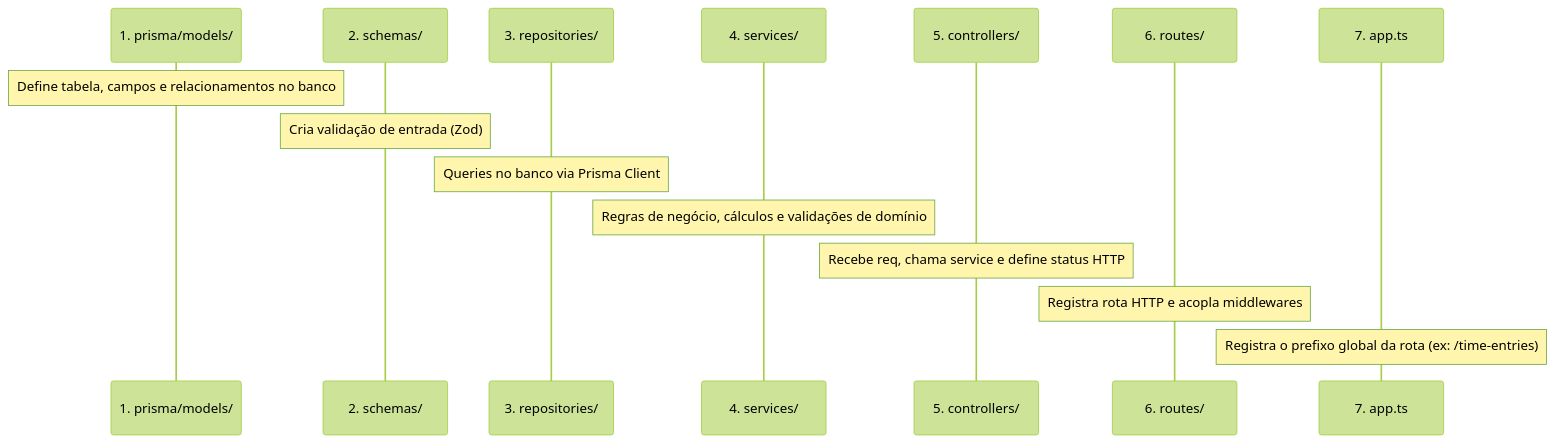
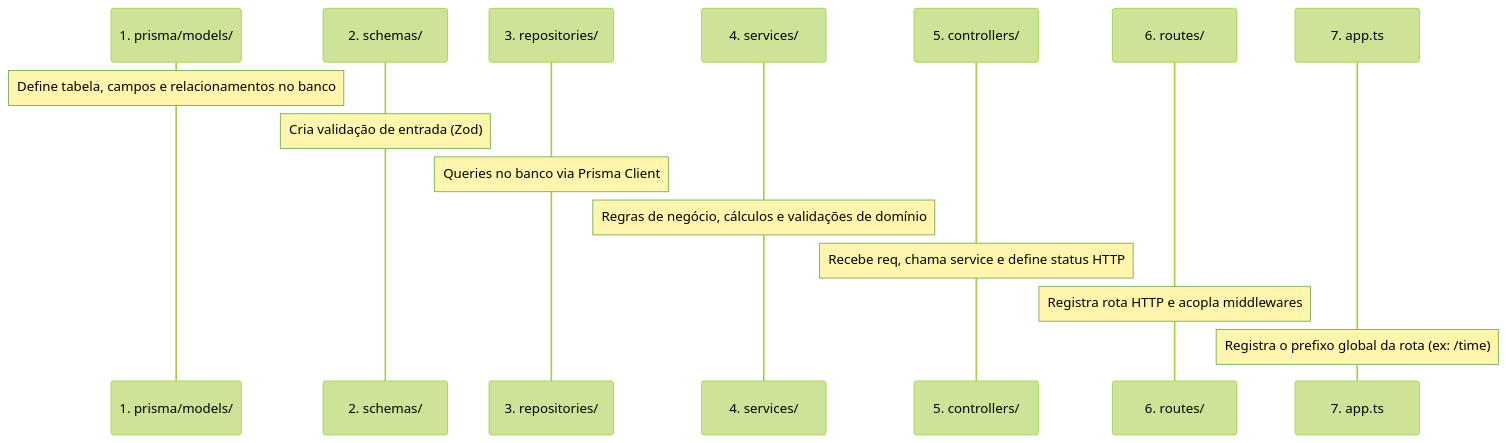
One commit to RafaelBarale/controle-horas-backend-ts changed the second of 2 diagrams in docs/fluxo_desenvolvimento.md. Above: the diagram before and after it, drawn with Mermaid (forest theme). The commit also changed other lines of this file and 6 other files, not shown here.

````diff
--- a/docs/fluxo_desenvolvimento.md
+++ b/docs/fluxo_desenvolvimento.md
@@ -37,19 +37,19 @@
 ```mermaid
 sequenceDiagram
     autonumber
     participant D as 1. prisma/models/
     participant S as 2. schemas/
     participant R as 3. repositories/
     participant B as 4. services/
     participant C as 5. controllers/
     participant T as 6. routes/
     participant A as 7. app.ts
 
     Note over D: Define tabela, campos e relacionamentos no banco
     Note over S: Cria validação de entrada (Zod)
     Note over R: Queries no banco via Prisma Client
     Note over B: Regras de negócio, cálculos e validações de domínio
     Note over C: Recebe req, chama service e define status HTTP
     Note over T: Registra rota HTTP e acopla middlewares
-    Note over A: Registra o prefixo global da rota (ex: /time-entries)
+    Note over A: Registra o prefixo global da rota (ex: /time)
 ```
````
